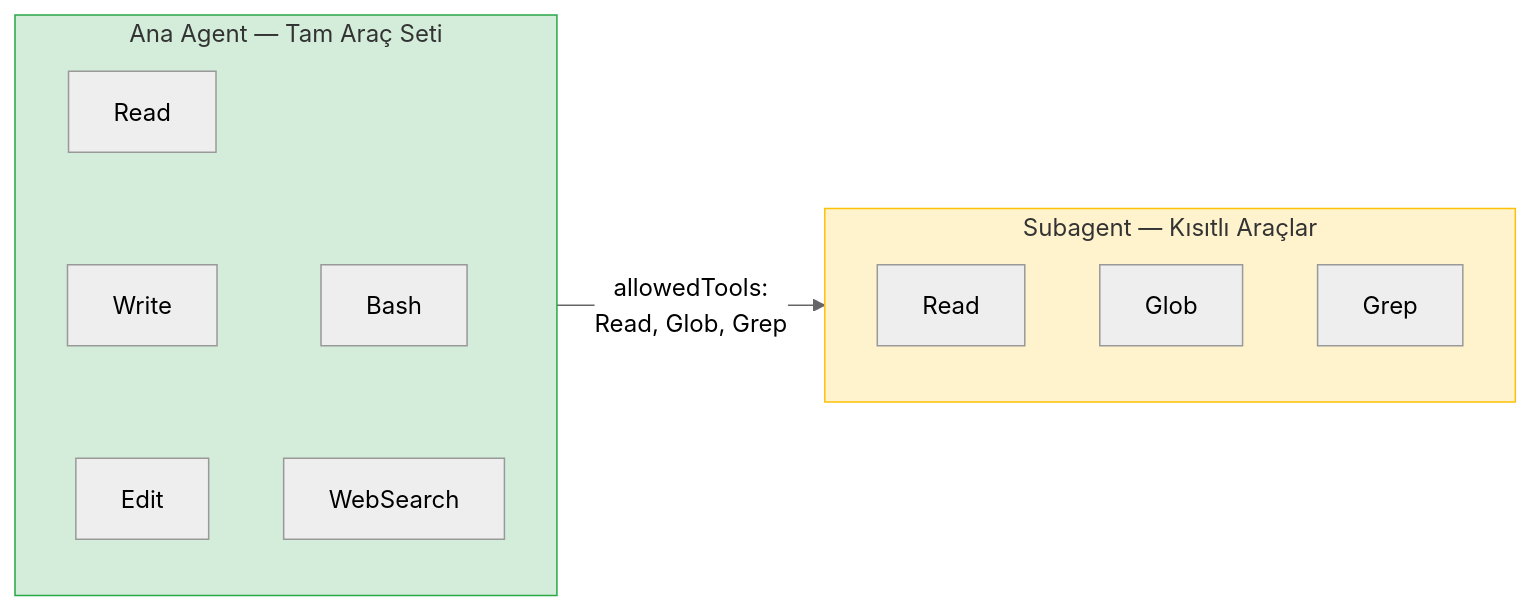
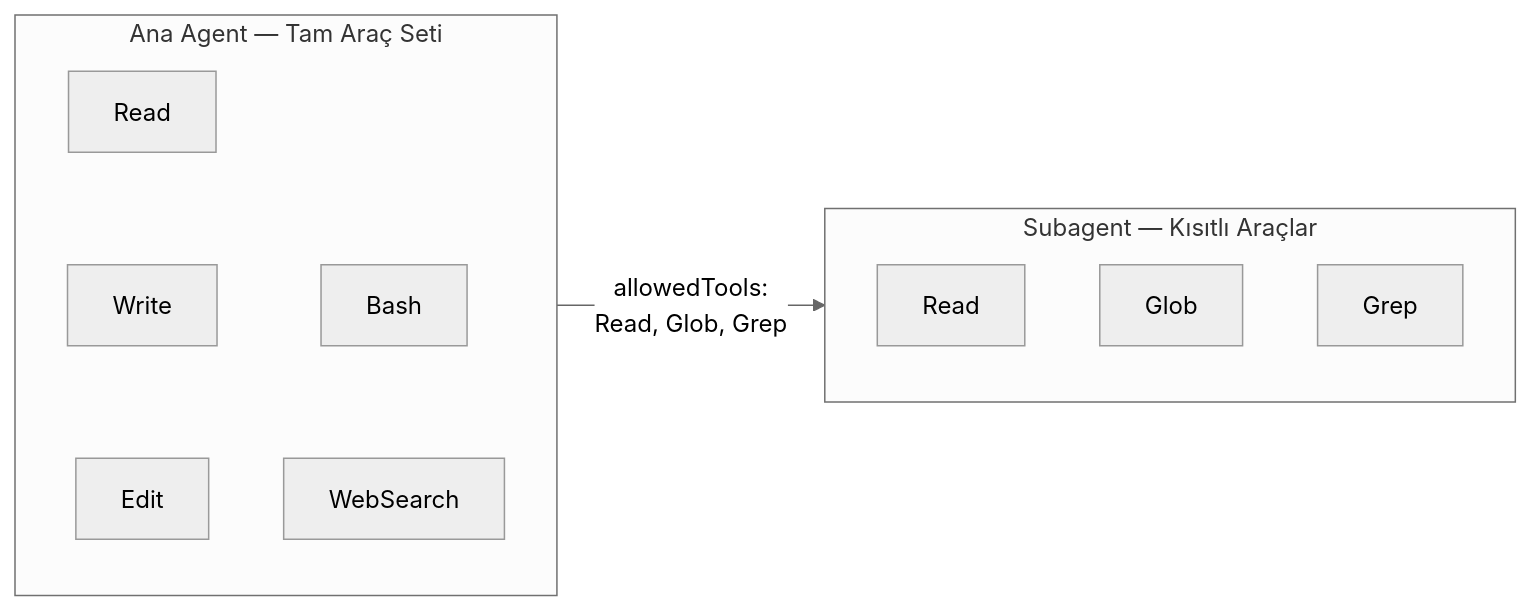
Before and after one commit to IzzetYasinAtes/ClaudeCodeHandbook: the fourth of 8 diagrams in 13-subagentlar-ve-agent-takimlari/01-subagent-nedir.md, drawn with Mermaid (neutral theme). The commit also changed other lines of this file and 97 other files, not shown here.

Commit message:
Remove all custom Mermaid style/fill colors from 98 markdown files for consistent dark theme rendering

````diff
--- a/13-subagentlar-ve-agent-takimlari/01-subagent-nedir.md
+++ b/13-subagentlar-ve-agent-takimlari/01-subagent-nedir.md
@@ -114,18 +106,16 @@
 ```mermaid
 flowchart LR
     subgraph full ["Ana Agent — Tam Araç Seti"]
         F1["Read"] ~~~ F2["Write"] ~~~ F3["Edit"]
         F4["Bash"] ~~~ F5["WebSearch"]
     end
 
     subgraph restricted ["Subagent — Kısıtlı Araçlar"]
         R1["Read"]
         R2["Glob"]
         R3["Grep"]
     end
 
     full --> |"allowedTools:<br/>Read, Glob, Grep"| restricted
 
-    style full fill:#d4edda,stroke:#28a745
-    style restricted fill:#fff3cd,stroke:#ffc107
 ```
````
